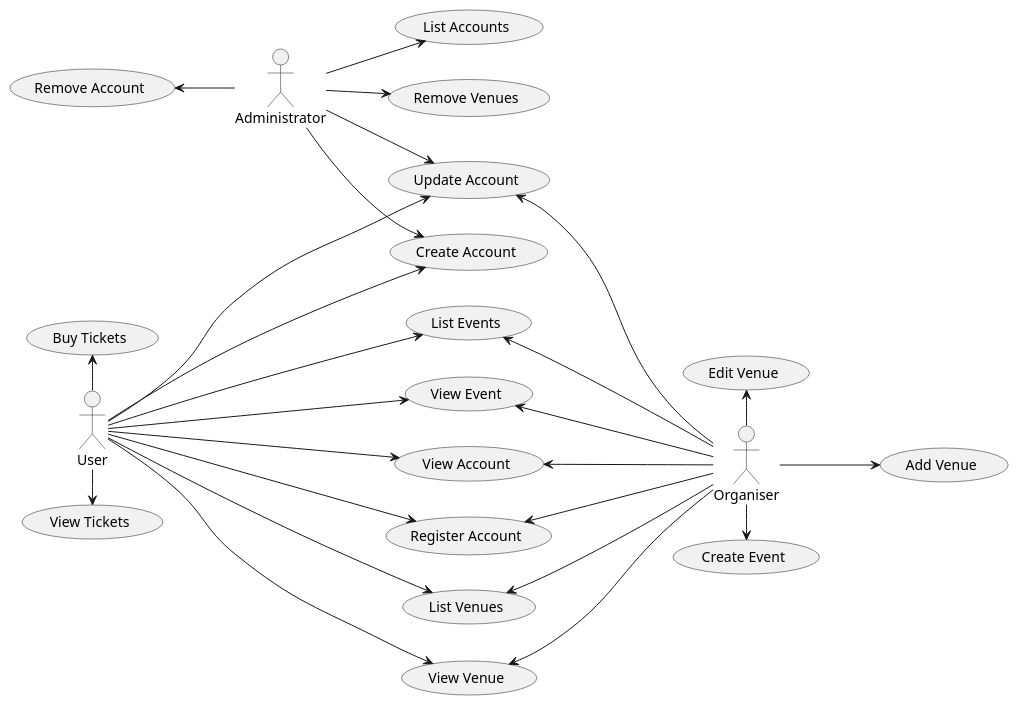
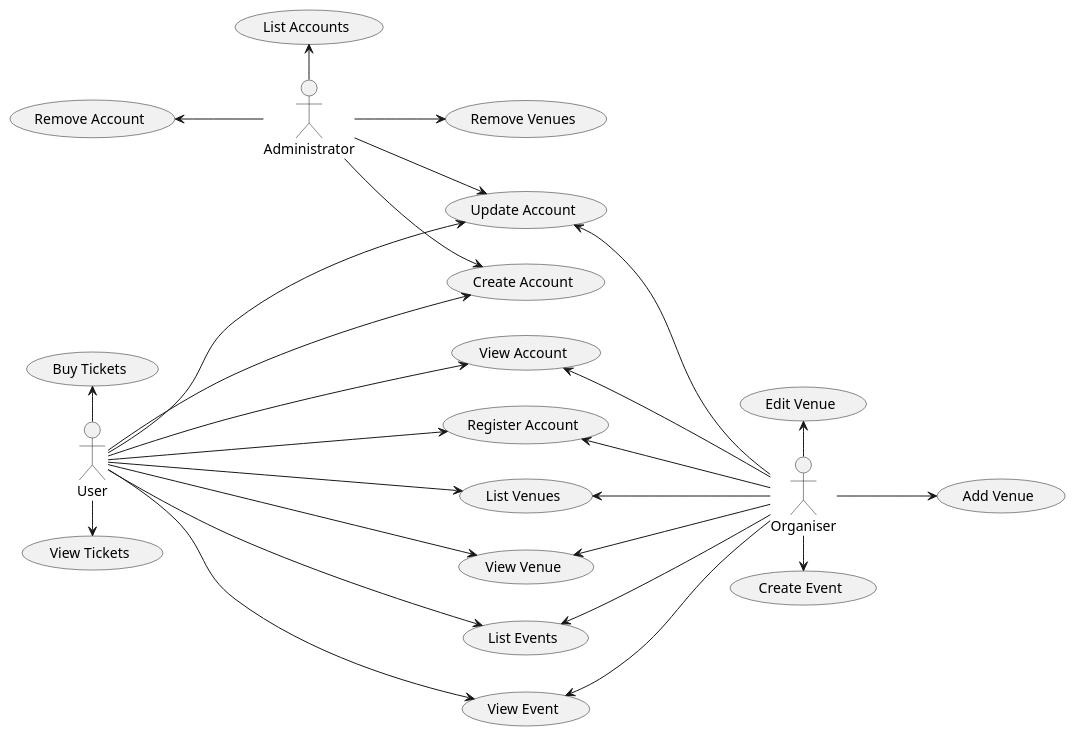
The diagram in 01-requirements/image/useCase.plantuml (MolimoWang/EventManagementSystem), drawn with PlantUML before and after one commit. The commit also changed 1 other file, not shown here.

```diff
--- a/01-requirements/image/useCase.plantuml
+++ b/01-requirements/image/useCase.plantuml
@@ -1,34 +1,34 @@
 @startuml
 left to right direction
 
 :Administrator: -up->(Remove Account)
 :Administrator: -->(Update Account)
-:Administrator: -->(List Accounts)
+:Administrator: -left->(List Accounts)
 :Administrator: -->(Create Account)
 :Administrator: -->(Remove Venues)
 
 :User:--->(Create Account)
 :User:--->(Update Account)
 :User:--->(View Account)
 :User:--->(Register Account)
 :User:--->(List Venues)
 :User:--->(View Venue)
 :User:--->(List Events)
 :User:--->(View Event)
 :User:--left-->(Buy Tickets)
 :User:--right-->(View Tickets)
 
 :Organiser:
 
 (Add Venue) <-up- :Organiser:
 (Edit Venue) <- :Organiser:
 (Create Event) <-left-:Organiser:
 (View Event) <--- :Organiser:
 (List Events) <--- :Organiser:
 (List Venues) <--- :Organiser:
 (Register Account) <--- :Organiser:
 (View Account) <--- :Organiser:
 (View Venue) <--- :Organiser:
 (Update Account) <--- :Organiser:
 
 @enduml
```
